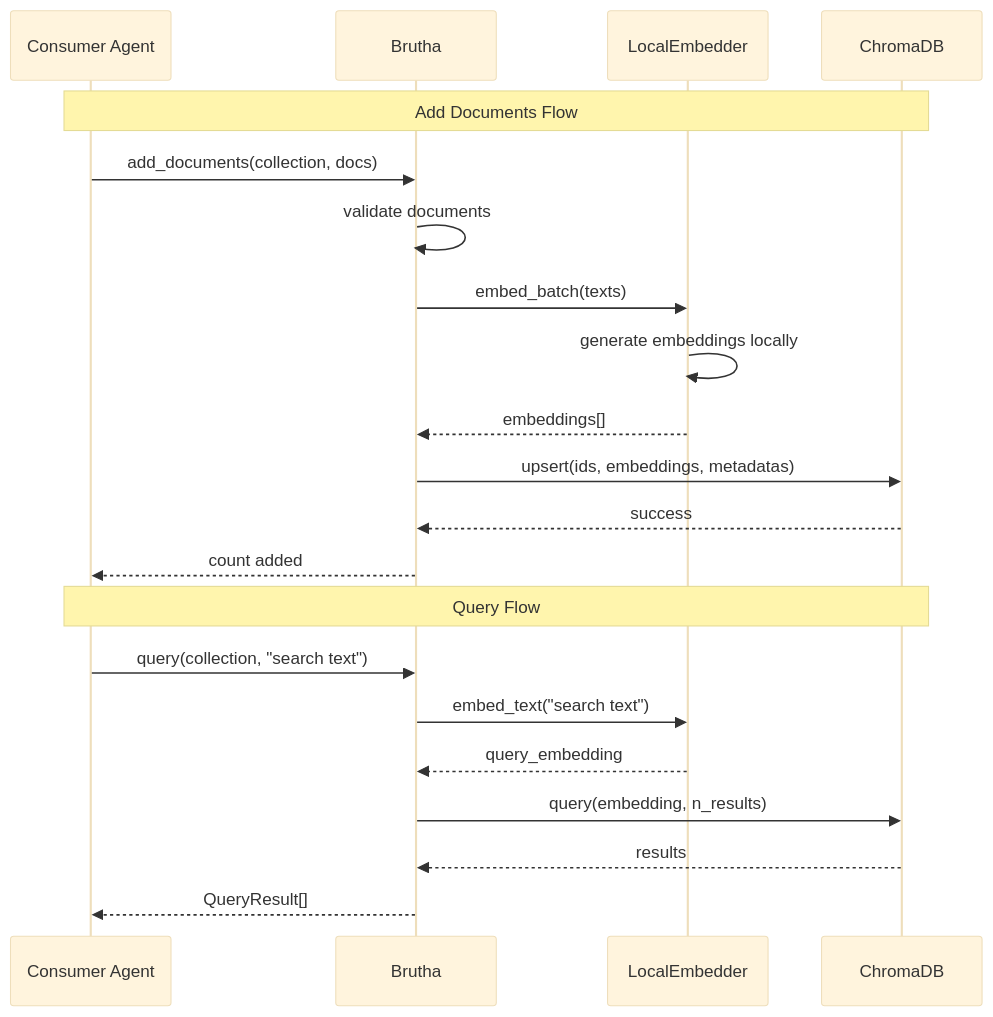
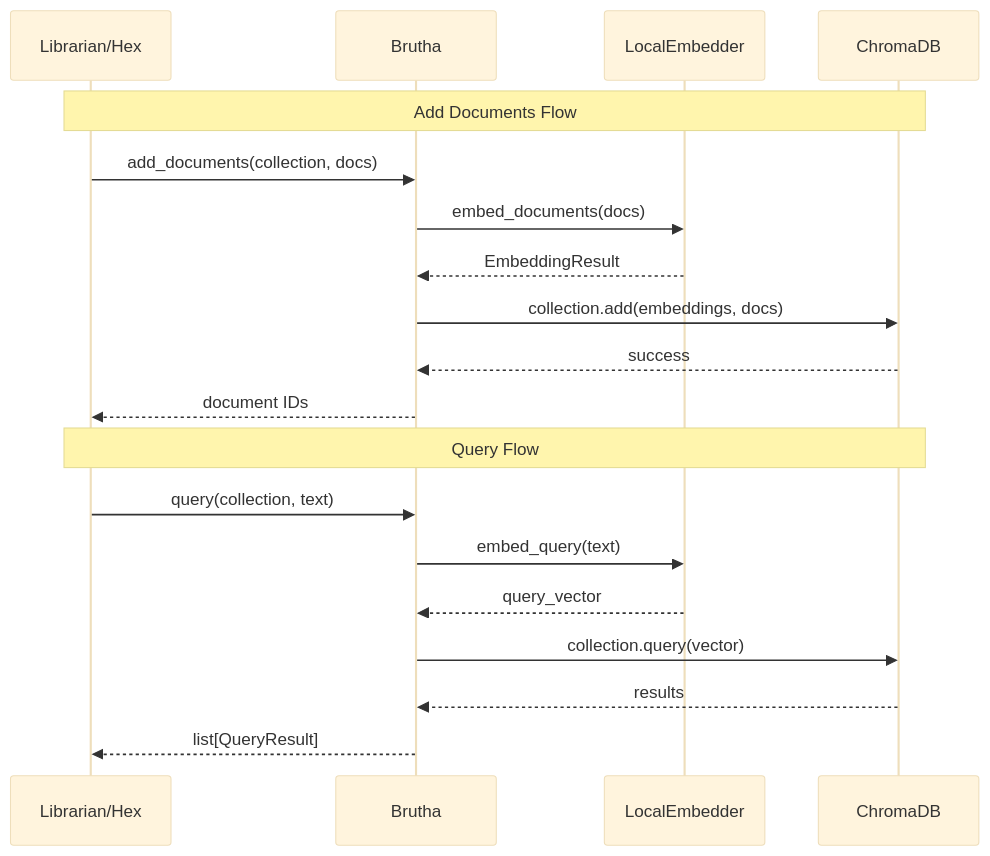
One commit to martymcenroe/AssemblyZero changed the second of 2 diagrams in docs/lineage/active/113-lld-n2/002-draft.md. Above: the diagram before and after it, drawn with Mermaid (base theme). The commit also changed other lines of this file and 133 other files, not shown here.

First line of the commit message:
feat: add Brutha vector DB infrastructure (RAG foundation) (#478)

````diff
--- a/docs/lineage/active/113-lld-n2/002-draft.md
+++ b/docs/lineage/active/113-lld-n2/002-draft.md
@@ -403,25 +361,23 @@
 ```mermaid
 sequenceDiagram
-    participant Agent as Consumer Agent
-    participant B as Brutha
-    participant E as LocalEmbedder
-    participant C as ChromaDB
+    participant Consumer as Librarian/Hex
+    participant Brutha
+    participant Embedder as LocalEmbedder
+    participant Chroma as ChromaDB
 
-    Note over Agent,C: Add Documents Flow
-    Agent->>B: add_documents(collection, docs)
-    B->>B: validate documents
-    B->>E: embed_batch(texts)
-    E->>E: generate embeddings locally
-    E-->>B: embeddings[]
-    B->>C: upsert(ids, embeddings, metadatas)
-    C-->>B: success
-    B-->>Agent: count added
+    Note over Consumer,Chroma: Add Documents Flow
+    Consumer->>Brutha: add_documents(collection, docs)
+    Brutha->>Embedder: embed_documents(docs)
+    Embedder-->>Brutha: EmbeddingResult
+    Brutha->>Chroma: collection.add(embeddings, docs)
+    Chroma-->>Brutha: success
+    Brutha-->>Consumer: document IDs
 
-    Note over Agent,C: Query Flow
-    Agent->>B: query(collection, "search text")
-    B->>E: embed_text("search text")
-    E-->>B: query_embedding
-    B->>C: query(embedding, n_results)
-    C-->>B: results
-    B-->>Agent: QueryResult[]
+    Note over Consumer,Chroma: Query Flow
+    Consumer->>Brutha: query(collection, text)
+    Brutha->>Embedder: embed_query(text)
+    Embedder-->>Brutha: query_vector
+    Brutha->>Chroma: collection.query(vector)
+    Chroma-->>Brutha: results
+    Brutha-->>Consumer: list[QueryResult]
 ```
````
